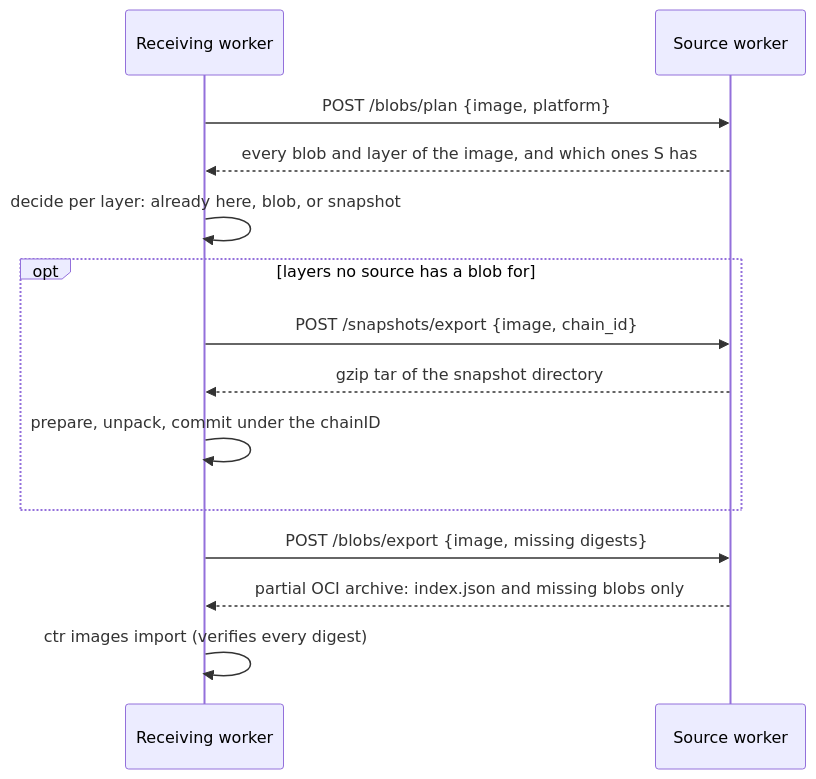
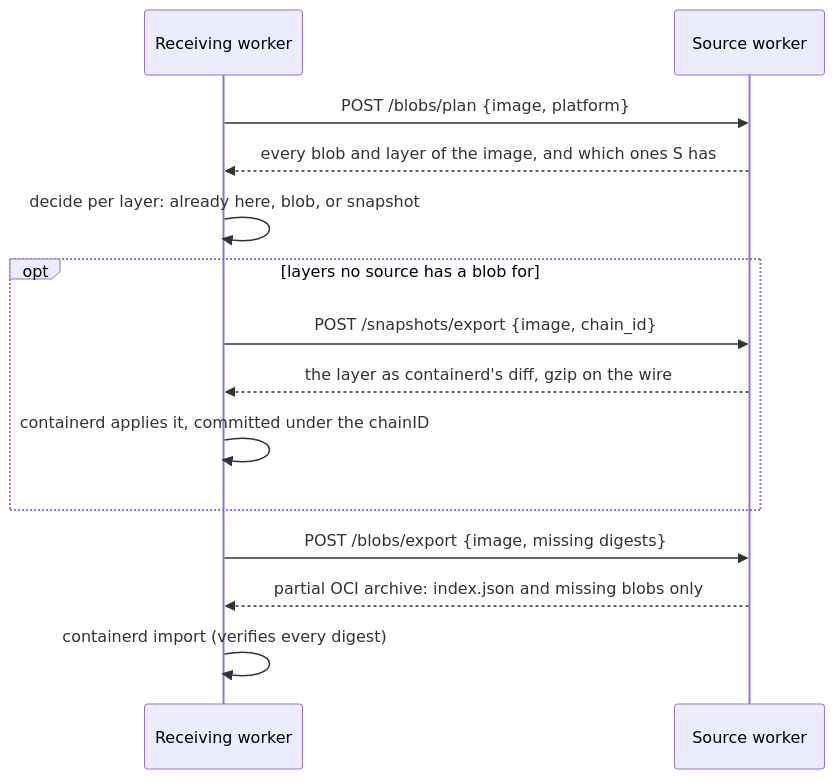
Before and after one commit to hatam-abolghasemi/Angry-Duck: the diagram in docs/transfers.md, drawn with Mermaid. The commit also changed other lines of this file and 44 other files, not shown here.

First line of the commit message:
feat(rescue): faster snapshot shipping, early propagation rounds and a Helm chart

````diff
--- a/docs/transfers.md
+++ b/docs/transfers.md
@@ -8,17 +8,17 @@
 ```mermaid
 sequenceDiagram
     participant T as Receiving worker
     participant S as Source worker
 
     T->>S: POST /blobs/plan {image, platform}
     S-->>T: every blob and layer of the image, and which ones S has
     T->>T: decide per layer: already here, blob, or snapshot
     opt layers no source has a blob for
         T->>S: POST /snapshots/export {image, chain_id}
-        S-->>T: gzip tar of the snapshot directory
-        T->>T: prepare, unpack, commit under the chainID
+        S-->>T: the layer as containerd's diff, gzip on the wire
+        T->>T: containerd applies it, committed under the chainID
     end
     T->>S: POST /blobs/export {image, missing digests}
     S-->>T: partial OCI archive: index.json and missing blobs only
-    T->>T: ctr images import (verifies every digest)
+    T->>T: containerd import (verifies every digest)
 ```
````
